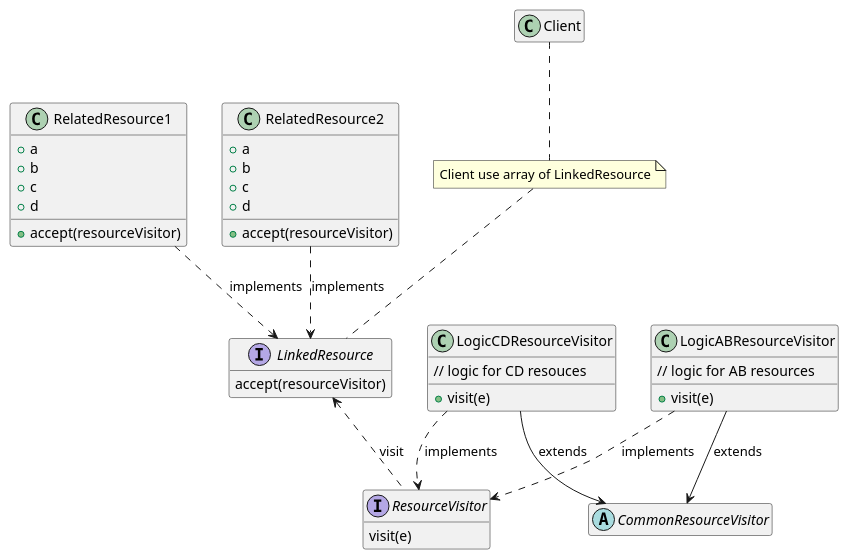
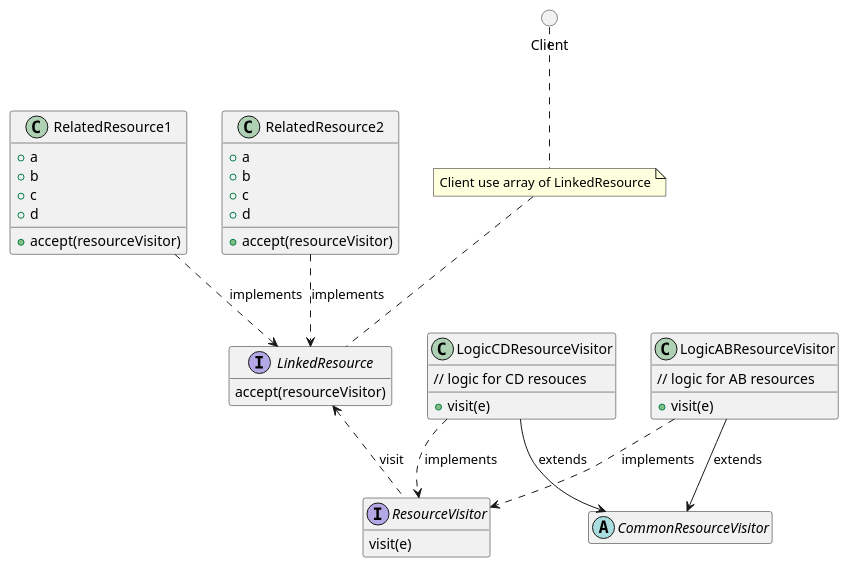
The diagram in justifications/EntityLinking/EntityLinking.puml (huntertran/concordia-thesis-topic), drawn with PlantUML before and after one commit. The commit also changed 12 other files, not shown here.

Commit message:
update diagrams

```diff
--- a/justifications/EntityLinking/EntityLinking.puml
+++ b/justifications/EntityLinking/EntityLinking.puml
@@ -1,62 +1,62 @@
 @startuml entity_linking
 
 hide empty members
 ' skinparam linetype ortho
 
 abstract CommonResourceVisitor {
 
 }
 
 interface ResourceVisitor {
     visit(e)
 }
 
 class LogicABResourceVisitor {
     +visit(e)
     // logic for AB resources
 }
 
 class LogicCDResourceVisitor {
     +visit(e)
     // logic for CD resouces
 }
 
 LogicABResourceVisitor ..> ResourceVisitor : implements
 LogicCDResourceVisitor ..> ResourceVisitor : implements
 
 LogicABResourceVisitor --> CommonResourceVisitor : extends
 LogicCDResourceVisitor --> CommonResourceVisitor : extends
 
 interface LinkedResource {
     accept(resourceVisitor)
 }
 
 class RelatedResource1 {
     + a
     + b
     + c
     + d
     + accept(resourceVisitor)
 }
 
 class RelatedResource2 {
     + a
     + b
     + c
     + d
     + accept(resourceVisitor)
 }
 
 RelatedResource1 ..> LinkedResource : implements
 RelatedResource2 ..> LinkedResource : implements
 
 note "Client use array of LinkedResource" as N1
 
-class Client
+circle Client
 
 Client .. N1
 N1 .. LinkedResource
 
 LinkedResource <.. ResourceVisitor : visit
 
 @enduml
```
